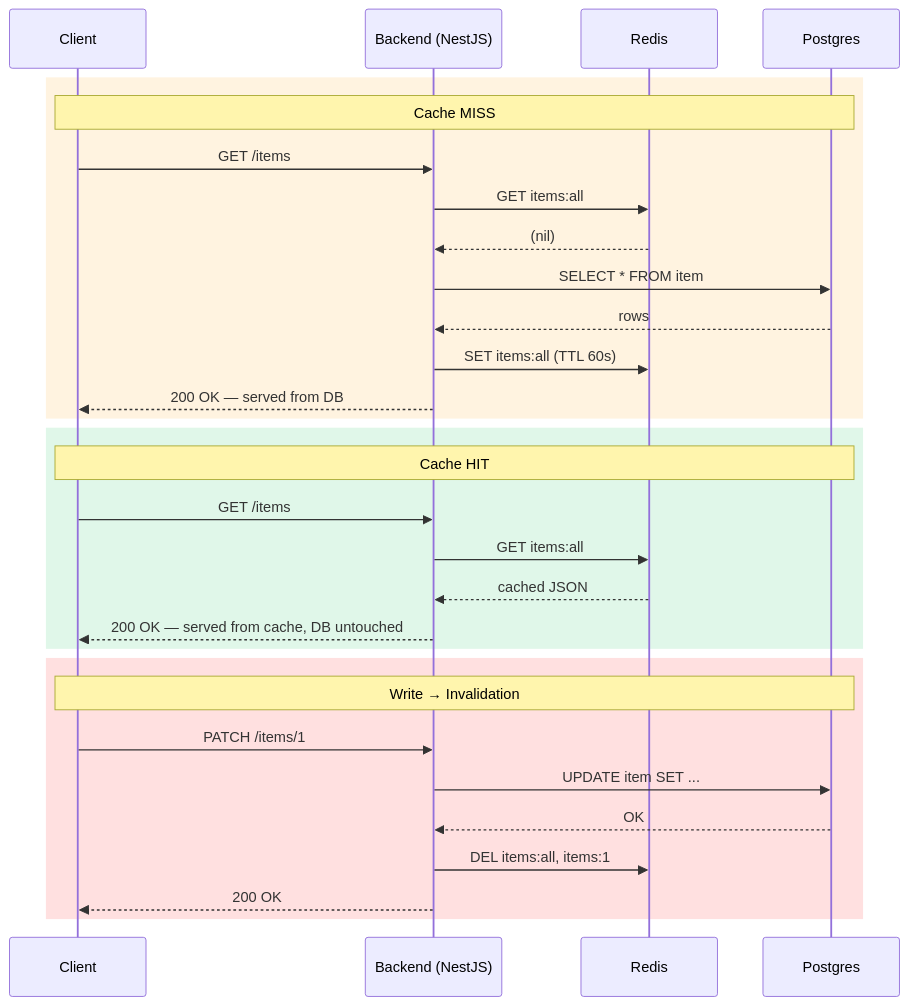
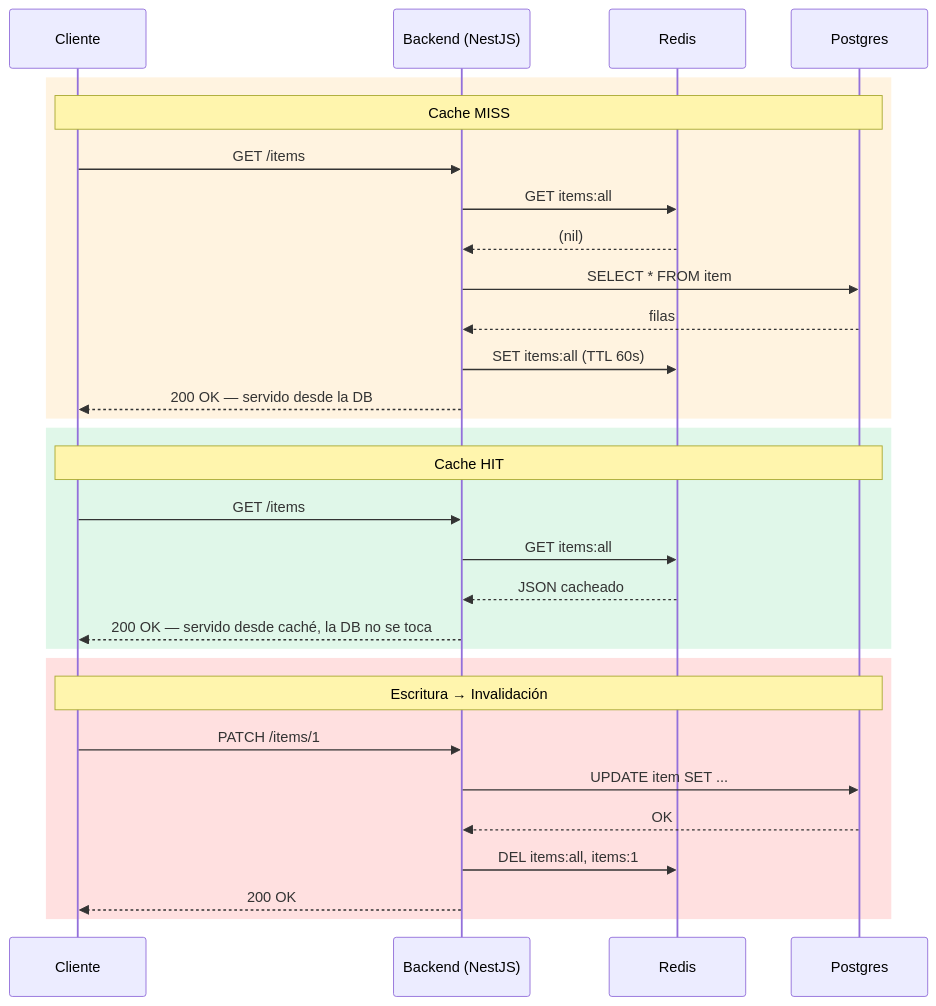
Before and after one commit to rodrigozucchini/load-balancing-k8s: the second of 2 diagrams in README.md, drawn with Mermaid. The commit also changed other lines of this file and 4 other files, not shown here.

````diff
--- a/README.md
+++ b/README.md
@@ -138,35 +146,35 @@
 ```mermaid
 sequenceDiagram
-    participant C as Client
+    participant C as Cliente
     participant B as Backend (NestJS)
     participant R as Redis
     participant P as Postgres
 
     rect rgb(255, 243, 224)
     Note over C,P: Cache MISS
     C->>B: GET /items
     B->>R: GET items:all
     R-->>B: (nil)
     B->>P: SELECT * FROM item
-    P-->>B: rows
+    P-->>B: filas
     B->>R: SET items:all (TTL 60s)
-    B-->>C: 200 OK — served from DB
+    B-->>C: 200 OK — servido desde la DB
     end
 
     rect rgb(224, 247, 233)
     Note over C,P: Cache HIT
     C->>B: GET /items
     B->>R: GET items:all
-    R-->>B: cached JSON
-    B-->>C: 200 OK — served from cache, DB untouched
+    R-->>B: JSON cacheado
+    B-->>C: 200 OK — servido desde caché, la DB no se toca
     end
 
     rect rgb(255, 224, 224)
-    Note over C,P: Write → Invalidation
+    Note over C,P: Escritura → Invalidación
     C->>B: PATCH /items/1
     B->>P: UPDATE item SET ...
     P-->>B: OK
     B->>R: DEL items:all, items:1
     B-->>C: 200 OK
     end
 ```
````
